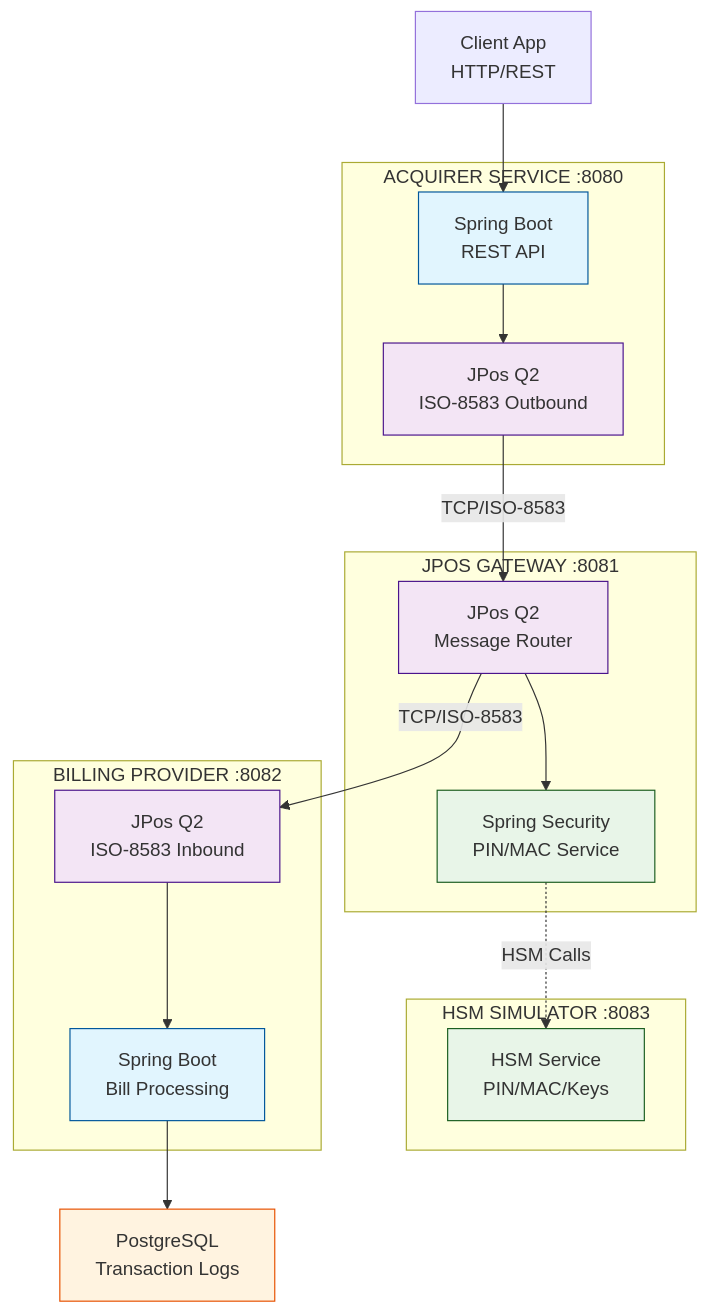
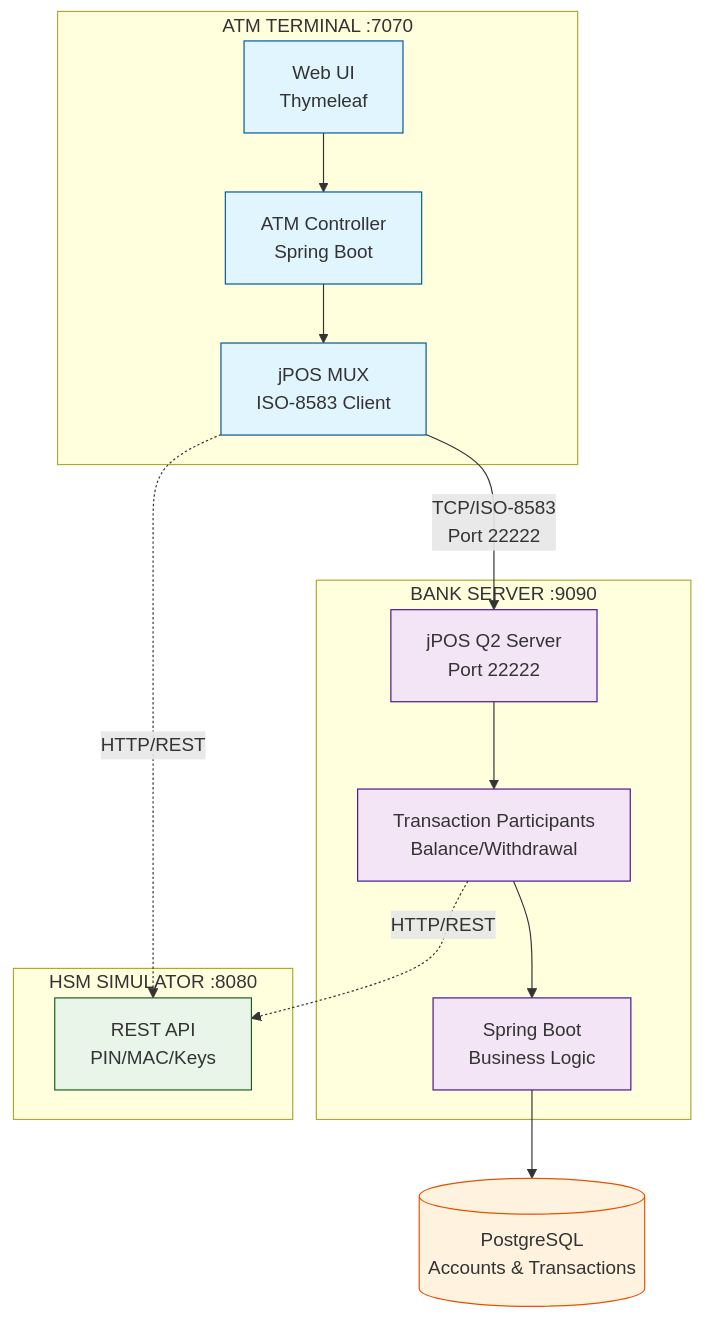
One commit to artivisi/training-spring-jpos-2025 changed the diagram in README.md. Above: the diagram before and after it, drawn with Mermaid. The commit also changed other lines of this file and 30 other files, not shown here.

````diff
--- a/README.md
+++ b/README.md
@@ -52,44 +68,39 @@
 ```mermaid
 graph TB
-    C[Client App<br/>HTTP/REST]
-
-    subgraph "ACQUIRER SERVICE :8080"
-        A[Spring Boot<br/>REST API]
-        AJ[JPos Q2<br/>ISO-8583 Outbound]
+    subgraph "ATM TERMINAL :7070"
+        UI[Web UI<br/>Thymeleaf]
+        AC[ATM Controller<br/>Spring Boot]
+        AM[jPOS MUX<br/>ISO-8583 Client]
     end
 
-    subgraph "JPOS GATEWAY :8081"
-        G[JPos Q2<br/>Message Router]
-        GS[Spring Security<br/>PIN/MAC Service]
+    subgraph "BANK SERVER :9090"
+        BS[jPOS Q2 Server<br/>Port 22222]
+        BP[Transaction Participants<br/>Balance/Withdrawal]
+        BD[Spring Boot<br/>Business Logic]
     end
 
-    subgraph "HSM SIMULATOR :8083"
-        H[HSM Service<br/>PIN/MAC/Keys]
+    subgraph "HSM SIMULATOR :8080"
+        H[REST API<br/>PIN/MAC/Keys]
     end
 
-    subgraph "BILLING PROVIDER :8082"
-        BJ[JPos Q2<br/>ISO-8583 Inbound]
-        B[Spring Boot<br/>Bill Processing]
-    end
+    DB[(PostgreSQL<br/>Accounts & Transactions)]
 
-    DB[PostgreSQL<br/>Transaction Logs]
+    UI --> AC
+    AC --> AM
+    AM -->|TCP/ISO-8583<br/>Port 22222| BS
+    BS --> BP
+    BP --> BD
+    BD --> DB
+    BP -.->|HTTP/REST| H
+    AM -.->|HTTP/REST| H
 
-    C --> A
-    A --> AJ
-    AJ -->|TCP/ISO-8583| G
-    G --> GS
-    GS -.->|HSM Calls| H
-    G -->|TCP/ISO-8583| BJ
-    BJ --> B
-    B --> DB
-
-    classDef spring fill:#e1f5fe,stroke:#01579b
-    classDef jpos fill:#f3e5f5,stroke:#4a148c
+    classDef atm fill:#e1f5fe,stroke:#01579b
+    classDef bank fill:#f3e5f5,stroke:#4a148c
     classDef hsm fill:#e8f5e8,stroke:#1b5e20
     classDef db fill:#fff3e0,stroke:#e65100
 
-    class A,B spring
-    class AJ,G,BJ jpos
-    class GS,H hsm
+    class UI,AC,AM atm
+    class BS,BP,BD bank
+    class H hsm
     class DB db
 ```
````
